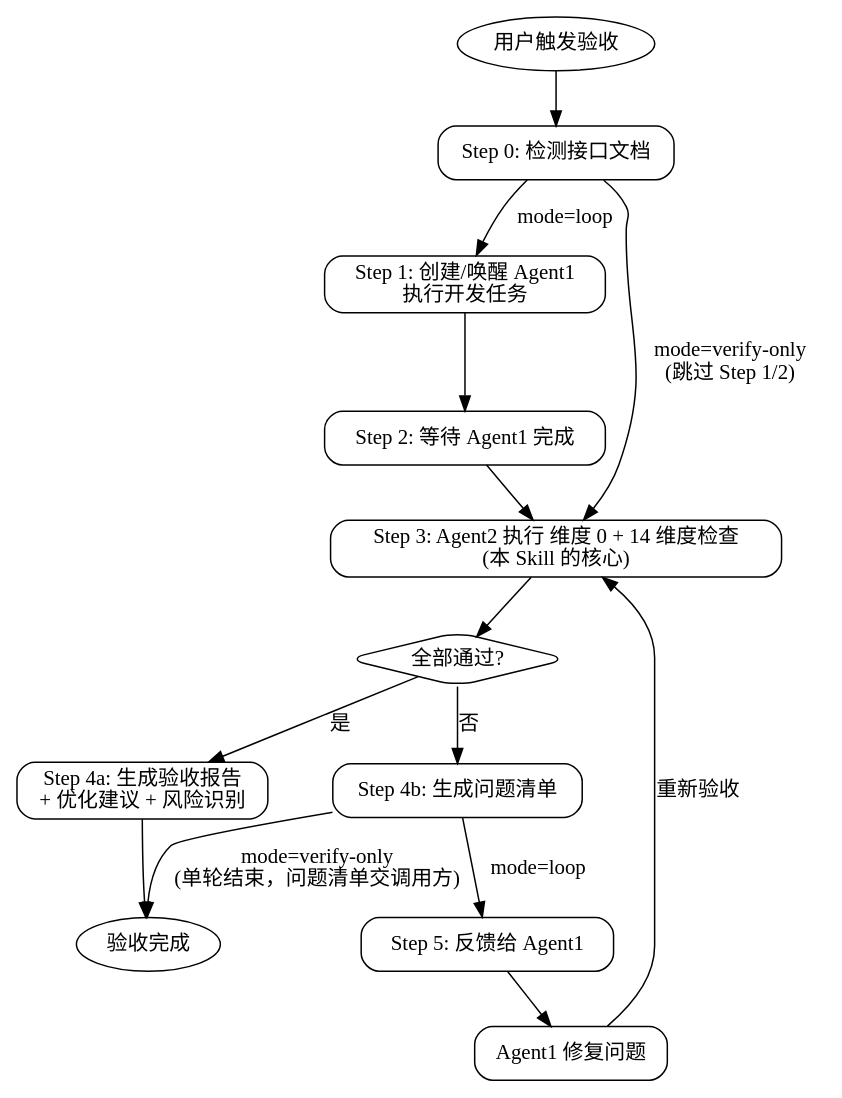
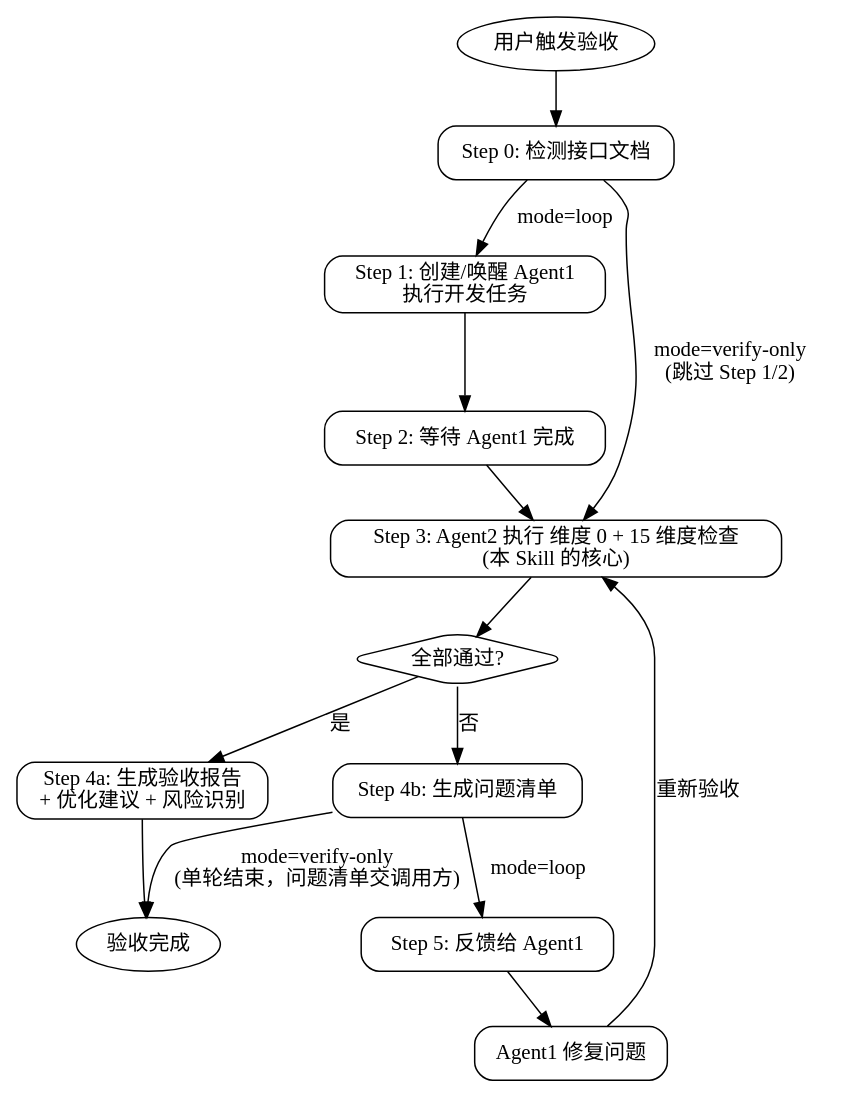
Before and after one commit to SugarFatFree/aidp-code-engineer: the diagram in .aidp/skills/code-verification-loop/SKILL.md, drawn with Graphviz. The commit also changed other lines of this file and 33 other files, not shown here.

````diff
--- a/.aidp/skills/code-verification-loop/SKILL.md
+++ b/.aidp/skills/code-verification-loop/SKILL.md
@@ -250,33 +129,32 @@
 ```dot
 digraph verification_loop {
     rankdir=TB;
     node [shape=box, style=rounded];
 
     start [label="用户触发验收", shape=ellipse];
     detect [label="Step 0: 检测接口文档"];
     create_a1 [label="Step 1: 创建/唤醒 Agent1\n执行开发任务"];
     wait_a1 [label="Step 2: 等待 Agent1 完成"];
     check [label="Step 3: Agent2 执行 维度 0 + 15 维度检查\n(本 Skill 的核心)"];
-    check [label="Step 3: Agent2 执行 维度 0 + 14 维度检查\n(本 Skill 的核心)"];
     decide [shape=diamond, label="全部通过?"];
     report_pass [label="Step 4a: 生成验收报告\n+ 优化建议 + 风险识别"];
     report_fail [label="Step 4b: 生成问题清单"];
     feedback [label="Step 5: 反馈给 Agent1"];
     fix [label="Agent1 修复问题"];
     done [label="验收完成", shape=ellipse];
 
     start -> detect;
     detect -> create_a1 [label="mode=loop"];
     detect -> check [label="mode=verify-only\n(跳过 Step 1/2)"];
     create_a1 -> wait_a1;
     wait_a1 -> check;
     check -> decide;
     decide -> report_pass [label="是"];
     decide -> report_fail [label="否"];
     report_fail -> done [label="mode=verify-only\n(单轮结束，问题清单交调用方)"];
     report_fail -> feedback [label="mode=loop"];
     feedback -> fix;
     fix -> check [label="重新验收"];
     report_pass -> done;
 }
 ```
````
